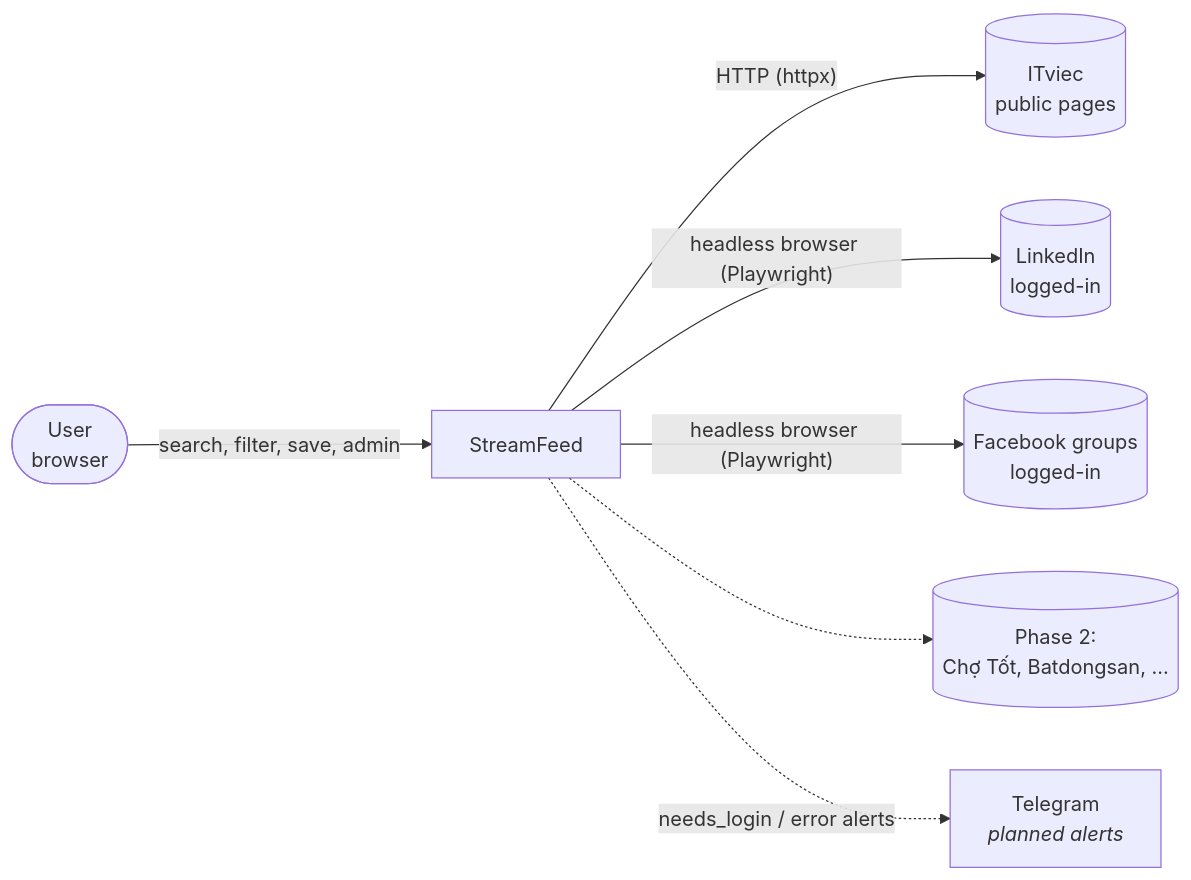
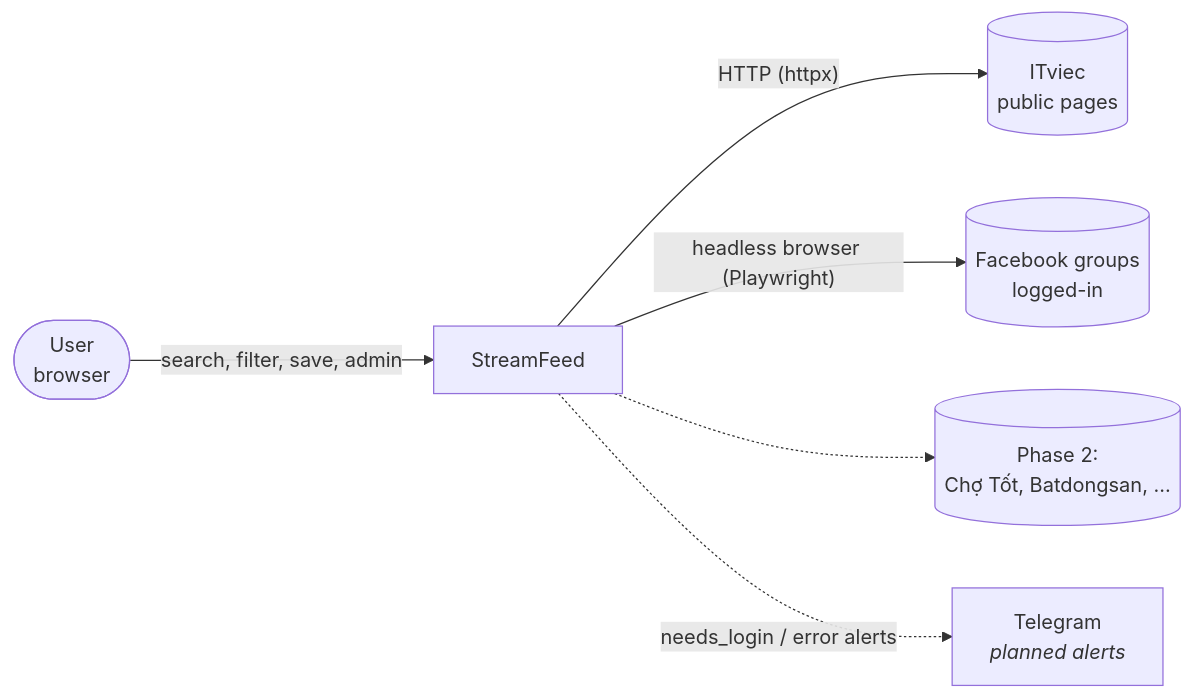
One commit to Corbin09/StreamFeed changed the first of 8 diagrams in docs/ARCHITECTURE.md. Above: the diagram before and after it, drawn with Mermaid. The commit also changed other lines of this file and 19 other files, not shown here.

First line of the commit message:
Drop the LinkedIn plugin; keep BrowserFetcher and daily windows

````diff
--- a/docs/ARCHITECTURE.md
+++ b/docs/ARCHITECTURE.md
@@ -38,17 +38,15 @@
 ```mermaid
 flowchart LR
     user([User<br/>browser])
     sf[StreamFeed]
     itviec[(ITviec<br/>public pages)]
-    li[(LinkedIn<br/>logged-in)]
     fb[(Facebook groups<br/>logged-in)]
     later[(Phase 2:<br/>Chợ Tốt, Batdongsan, ...)]
     tg[Telegram<br/><i>planned alerts</i>]
 
     user -- "search, filter, save, admin" --> sf
     sf -- "HTTP (httpx)" --> itviec
-    sf -- "headless browser (Playwright)" --> li
     sf -- "headless browser (Playwright)" --> fb
     sf -.-> later
     sf -. "needs_login / error alerts" .-> tg
 ```
````
